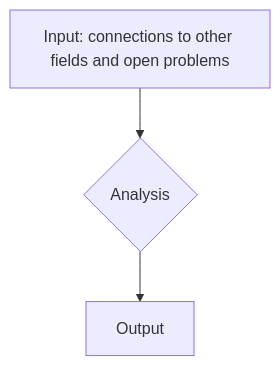
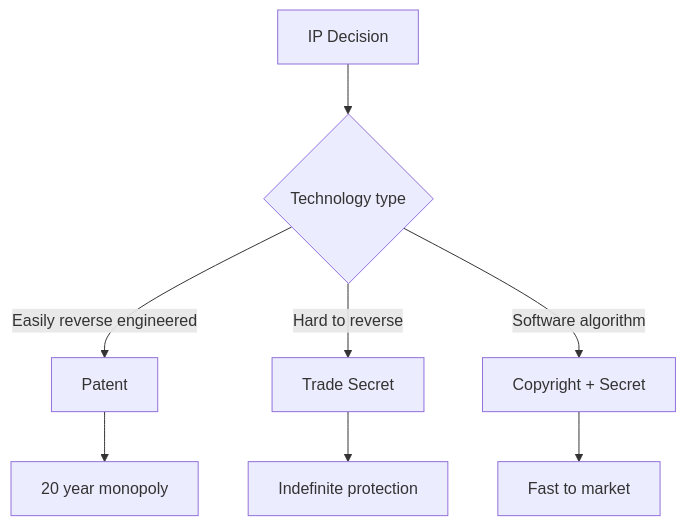
The third of 10 diagrams in 02_MSc_DataDriven_Modeling/core_courses/MSDM_5005/README.md (yip-lgtm/PhysicsSelfStudy), drawn with Mermaid before and after one commit. The commit also changed other lines of this file and 21 other files, not shown here.

````diff
--- a/02_MSc_DataDriven_Modeling/core_courses/MSDM_5005/README.md
+++ b/02_MSc_DataDriven_Modeling/core_courses/MSDM_5005/README.md
@@ -162,5 +198,10 @@
 ```mermaid
 graph TD
-    A[Input: connections to other fields and open problems] --> B{Analysis}
-    B --> C[Output]
+    A[IP Decision] --> B{Technology type}
+    B -->|Easily reverse engineered| C[Patent]
+    B -->|Hard to reverse| D[Trade Secret]
+    B -->|Software algorithm| E[Copyright + Secret]
+    C --> F[20 year monopoly]
+    D --> G[Indefinite protection]
+    E --> H[Fast to market]
 ```
````
